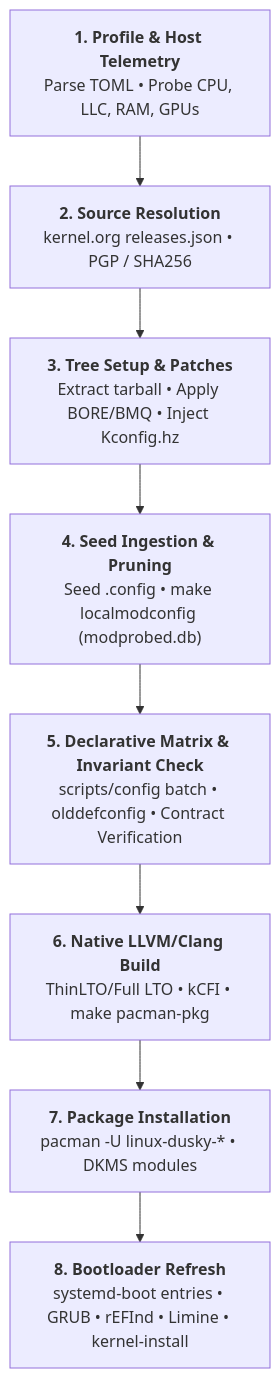
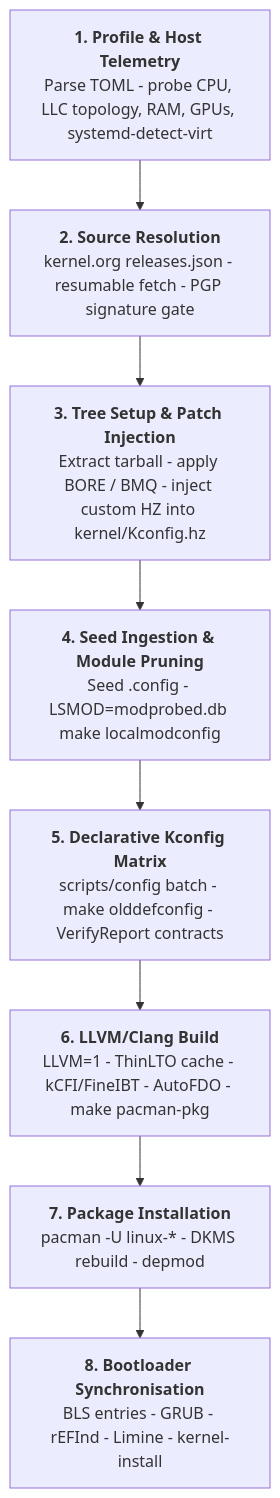
Before and after one commit to Sidon137/dusky: the first of 7 diagrams in Documents/pensive/linux/Important Notes/Kernal/Dusky_Kernel_Compiler_Manual.md, drawn with Mermaid. The commit also changed other lines of this file, not shown here.

Commit message:
kernel compiler updated notes

````diff
--- a/Documents/pensive/linux/Important Notes/Kernal/Dusky_Kernel_Compiler_Manual.md
+++ b/Documents/pensive/linux/Important Notes/Kernal/Dusky_Kernel_Compiler_Manual.md
@@ -27,10 +56,10 @@
 ```mermaid
 flowchart TD
-    A["<b>1. Profile & Host Telemetry</b><br>Parse TOML • Probe CPU, LLC, RAM, GPUs"] --> B["<b>2. Source Resolution</b><br>kernel.org releases.json • PGP / SHA256"]
-    B --> C["<b>3. Tree Setup & Patches</b><br>Extract tarball • Apply BORE/BMQ • Inject Kconfig.hz"]
-    C --> D["<b>4. Seed Ingestion & Pruning</b><br>Seed .config • make localmodconfig (modprobed.db)"]
-    D --> E["<b>5. Declarative Matrix & Invariant Check</b><br>scripts/config batch • olddefconfig • Contract Verification"]
-    E --> F["<b>6. Native LLVM/Clang Build</b><br>ThinLTO/Full LTO • kCFI • make pacman-pkg"]
-    F --> G["<b>7. Package Installation</b><br>pacman -U linux-dusky-* • DKMS modules"]
-    G --> H["<b>8. Bootloader Refresh</b><br>systemd-boot entries • GRUB • rEFInd • Limine • kernel-install"]
+    A["<b>1. Profile & Host Telemetry</b><br>Parse TOML - probe CPU, LLC topology, RAM, GPUs, systemd-detect-virt"] --> B["<b>2. Source Resolution</b><br>kernel.org releases.json - resumable fetch - PGP signature gate"]
+    B --> C["<b>3. Tree Setup & Patch Injection</b><br>Extract tarball - apply BORE / BMQ - inject custom HZ into kernel/Kconfig.hz"]
+    C --> D["<b>4. Seed Ingestion & Module Pruning</b><br>Seed .config - LSMOD=modprobed.db make localmodconfig"]
+    D --> E["<b>5. Declarative Kconfig Matrix</b><br>scripts/config batch - make olddefconfig - VerifyReport contracts"]
+    E --> F["<b>6. LLVM/Clang Build</b><br>LLVM=1 - ThinLTO cache - kCFI/FineIBT - AutoFDO - make pacman-pkg"]
+    F --> G["<b>7. Package Installation</b><br>pacman -U linux-* - DKMS rebuild - depmod"]
+    G --> H["<b>8. Bootloader Synchronisation</b><br>BLS entries - GRUB - rEFInd - Limine - kernel-install"]
 ```
````
